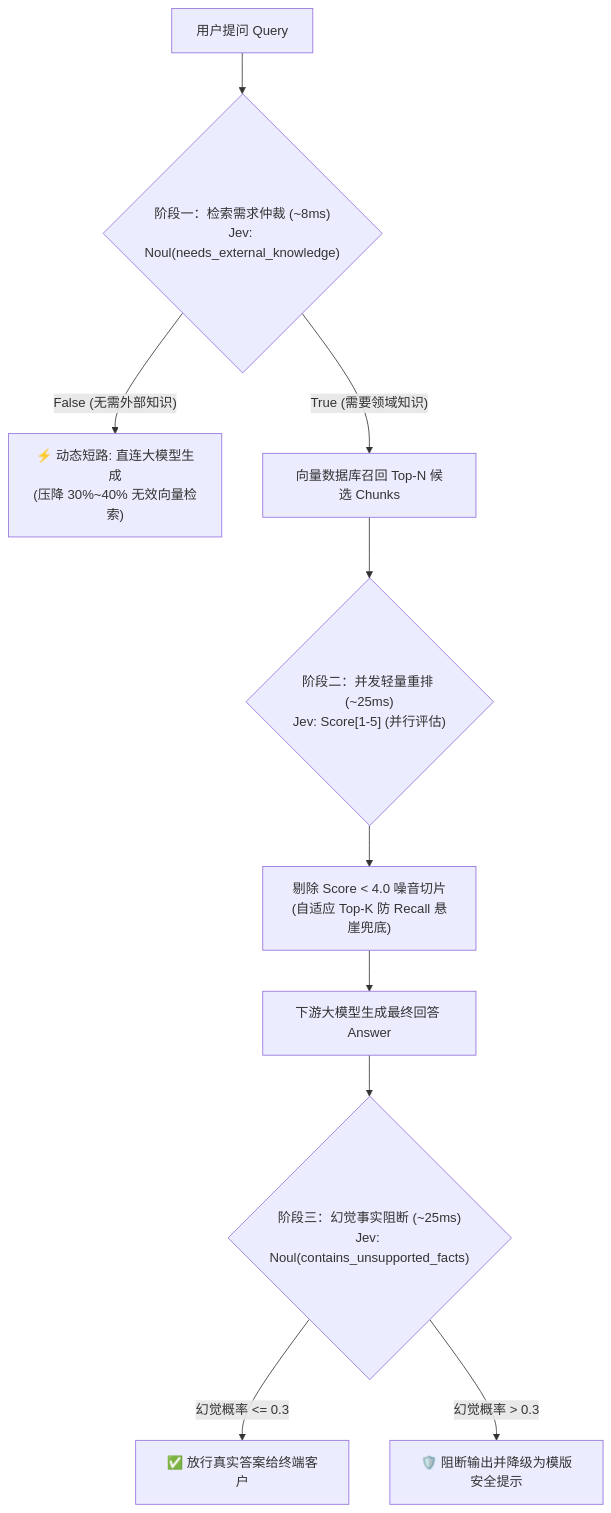
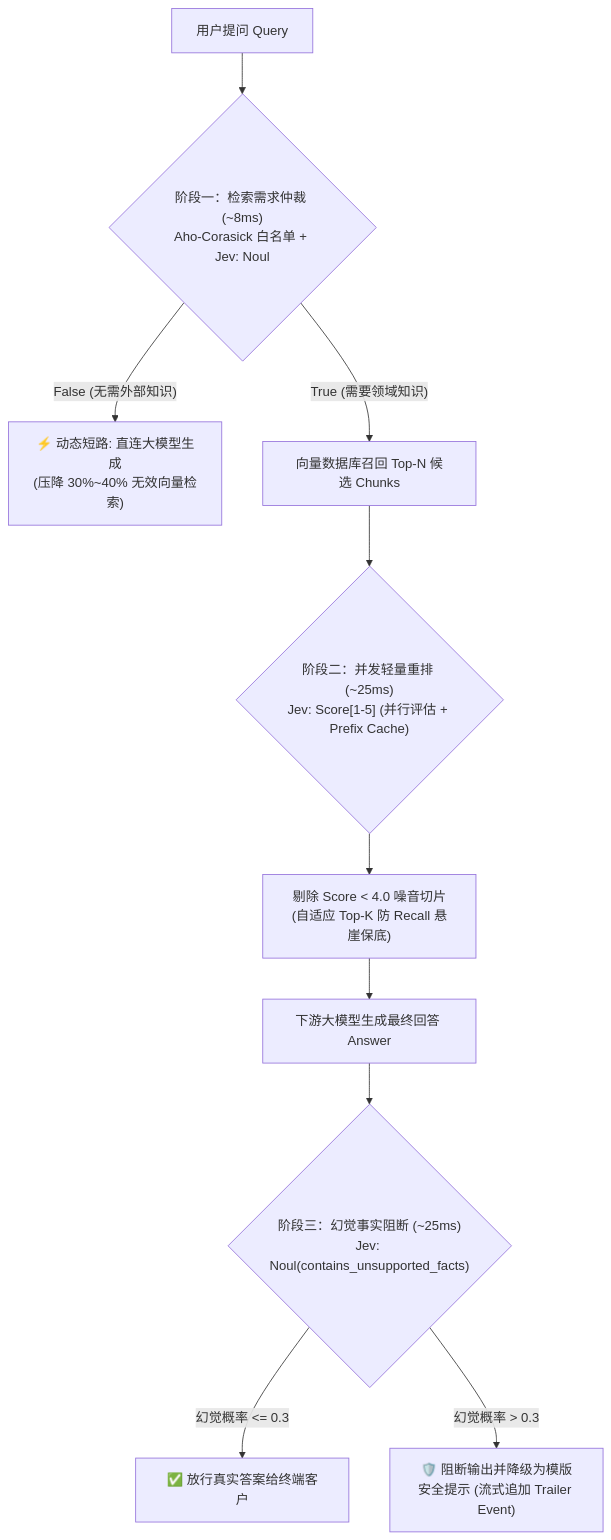
The diagram in README.md (jjy0230/rag-gatekeeper), drawn with Mermaid before and after one commit. The commit also changed other lines of this file, not shown here.

Commit message:
docs: update README with Aho-Corasick, SSE proxy, and metrics documentation

````diff
--- a/README.md
+++ b/README.md
@@ -14,18 +14,18 @@
 ```mermaid
 flowchart TD
-    UserQuery["用户提问 Query"] --> S1{"阶段一：检索需求仲裁 (~8ms)<br/>Jev: Noul(needs_external_knowledge)"}
+    UserQuery["用户提问 Query"] --> S1{"阶段一：检索需求仲裁 (~8ms)<br/>Aho-Corasick 白名单 + Jev: Noul"}
     
     S1 -- "False (无需外部知识)" --> Bypass["⚡ 动态短路: 直连大模型生成<br/>(压降 30%~40% 无效向量检索)"]
     S1 -- "True (需要领域知识)" --> VectorDB["向量数据库召回 Top-N 候选 Chunks"]
     
-    VectorDB --> S2{"阶段二：并发轻量重排 (~25ms)<br/>Jev: Score[1-5] (并行评估)"}
+    VectorDB --> S2{"阶段二：并发轻量重排 (~25ms)<br/>Jev: Score[1-5] (并行评估 + Prefix Cache)"}
     
-    S2 --> Filter["剔除 Score < 4.0 噪音切片<br/>(自适应 Top-K 防 Recall 悬崖兜底)"]
+    S2 --> Filter["剔除 Score < 4.0 噪音切片<br/>(自适应 Top-K 防 Recall 悬崖保底)"]
     
     Filter --> LLMGen["下游大模型生成最终回答 Answer"]
     
     LLMGen --> S3{"阶段三：幻觉事实阻断 (~25ms)<br/>Jev: Noul(contains_unsupported_facts)"}
     
     S3 -- "幻觉概率 <= 0.3" --> SafeOutput["✅ 放行真实答案给终端客户"]
-    S3 -- "幻觉概率 > 0.3" --> Degrade["🛡️ 阻断输出并降级为模版安全提示"]
+    S3 -- "幻觉概率 > 0.3" --> Degrade["🛡️ 阻断输出并降级为模版安全提示 (流式追加 Trailer Event)"]
 ```
````
